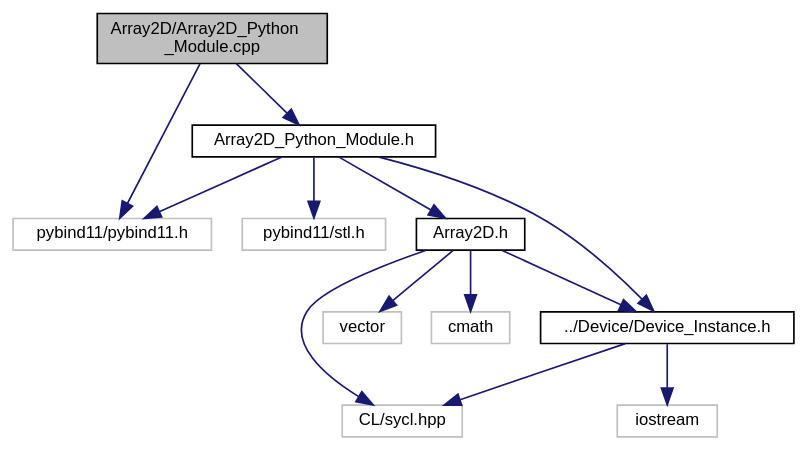
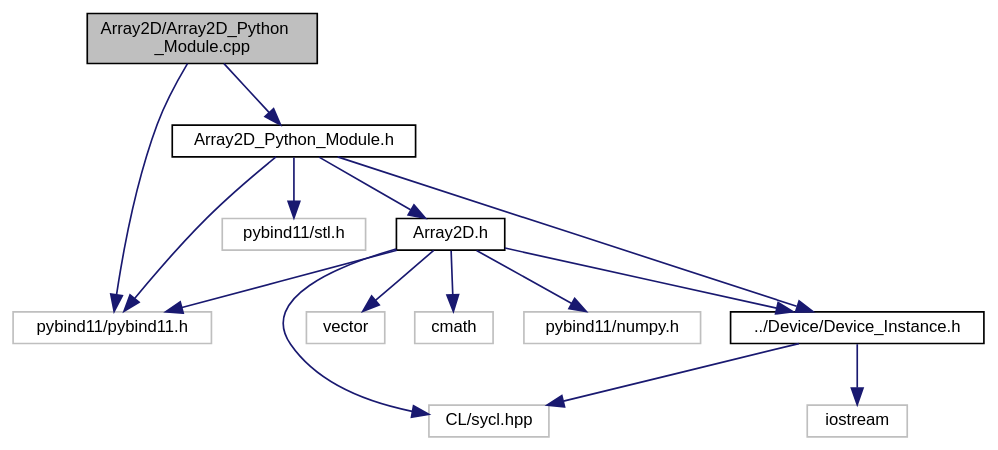
Before and after one commit to OsmanAEG/PySYCL: the diagram in docs/PySYCL_doxygen_html/_array2_d___python___module_8cpp__incl.dot, drawn with Graphviz. The commit also changed 147 other files, not shown here.

```diff
--- a/docs/PySYCL_doxygen_html/_array2_d___python___module_8cpp__incl.dot
+++ b/docs/PySYCL_doxygen_html/_array2_d___python___module_8cpp__incl.dot
@@ -1,30 +1,33 @@
 digraph "Array2D/Array2D_Python_Module.cpp"
 {
  // INTERACTIVE_SVG=YES
  // LATEX_PDF_SIZE
   bgcolor="transparent";
   edge [fontname="Helvetica",fontsize="10",labelfontname="Helvetica",labelfontsize="10"];
   node [fontname="Helvetica",fontsize="10",shape=record];
   Node1 [label="Array2D/Array2D_Python\l_Module.cpp",height=0.2,width=0.4,color="black", fillcolor="grey75", style="filled", fontcolor="black",tooltip="Python module for array_2d in PySYCL."];
   Node1 -> Node2 [color="midnightblue",fontsize="10",style="solid",fontname="Helvetica"];
   Node2 [label="pybind11/pybind11.h",height=0.2,width=0.4,color="grey75",tooltip=" "];
   Node1 -> Node3 [color="midnightblue",fontsize="10",style="solid",fontname="Helvetica"];
   Node3 [label="Array2D_Python_Module.h",height=0.2,width=0.4,color="black",URL="$_array2_d___python___module_8h.html",tooltip="Python module for an array_2d object in PySYCL."];
   Node3 -> Node2 [color="midnightblue",fontsize="10",style="solid",fontname="Helvetica"];
   Node3 -> Node4 [color="midnightblue",fontsize="10",style="solid",fontname="Helvetica"];
   Node4 [label="pybind11/stl.h",height=0.2,width=0.4,color="grey75",tooltip=" "];
   Node3 -> Node5 [color="midnightblue",fontsize="10",style="solid",fontname="Helvetica"];
-  Node5 [label="Array2D.h",height=0.2,width=0.4,color="black",URL="$_array2_d_8h.html",tooltip="Array2D in PySYCL. This is the shared version of the Array2D class. It is used when the user wants to..."];
+  Node5 [label="Array2D.h",height=0.2,width=0.4,color="black",URL="$_array2_d_8h.html",tooltip="Array2D in PySYCL."];
   Node5 -> Node6 [color="midnightblue",fontsize="10",style="solid",fontname="Helvetica"];
   Node6 [label="CL/sycl.hpp",height=0.2,width=0.4,color="grey75",tooltip=" "];
   Node5 -> Node7 [color="midnightblue",fontsize="10",style="solid",fontname="Helvetica"];
   Node7 [label="vector",height=0.2,width=0.4,color="grey75",tooltip=" "];
   Node5 -> Node8 [color="midnightblue",fontsize="10",style="solid",fontname="Helvetica"];
   Node8 [label="cmath",height=0.2,width=0.4,color="grey75",tooltip=" "];
+  Node5 -> Node2 [color="midnightblue",fontsize="10",style="solid",fontname="Helvetica"];
   Node5 -> Node9 [color="midnightblue",fontsize="10",style="solid",fontname="Helvetica"];
-  Node9 [label="../Device/Device_Instance.h",height=0.2,width=0.4,color="black",URL="$_device___instance_8h.html",tooltip="Device instance for device selection in PySYCL."];
-  Node9 -> Node10 [color="midnightblue",fontsize="10",style="solid",fontname="Helvetica"];
-  Node10 [label="iostream",height=0.2,width=0.4,color="grey75",tooltip=" "];
-  Node9 -> Node6 [color="midnightblue",fontsize="10",style="solid",fontname="Helvetica"];
-  Node3 -> Node9 [color="midnightblue",fontsize="10",style="solid",fontname="Helvetica"];
+  Node9 [label="pybind11/numpy.h",height=0.2,width=0.4,color="grey75",tooltip=" "];
+  Node5 -> Node10 [color="midnightblue",fontsize="10",style="solid",fontname="Helvetica"];
+  Node10 [label="../Device/Device_Instance.h",height=0.2,width=0.4,color="black",URL="$_device___instance_8h.html",tooltip="Device instance for device selection in PySYCL."];
+  Node10 -> Node11 [color="midnightblue",fontsize="10",style="solid",fontname="Helvetica"];
+  Node11 [label="iostream",height=0.2,width=0.4,color="grey75",tooltip=" "];
+  Node10 -> Node6 [color="midnightblue",fontsize="10",style="solid",fontname="Helvetica"];
+  Node3 -> Node10 [color="midnightblue",fontsize="10",style="solid",fontname="Helvetica"];
 }
```
